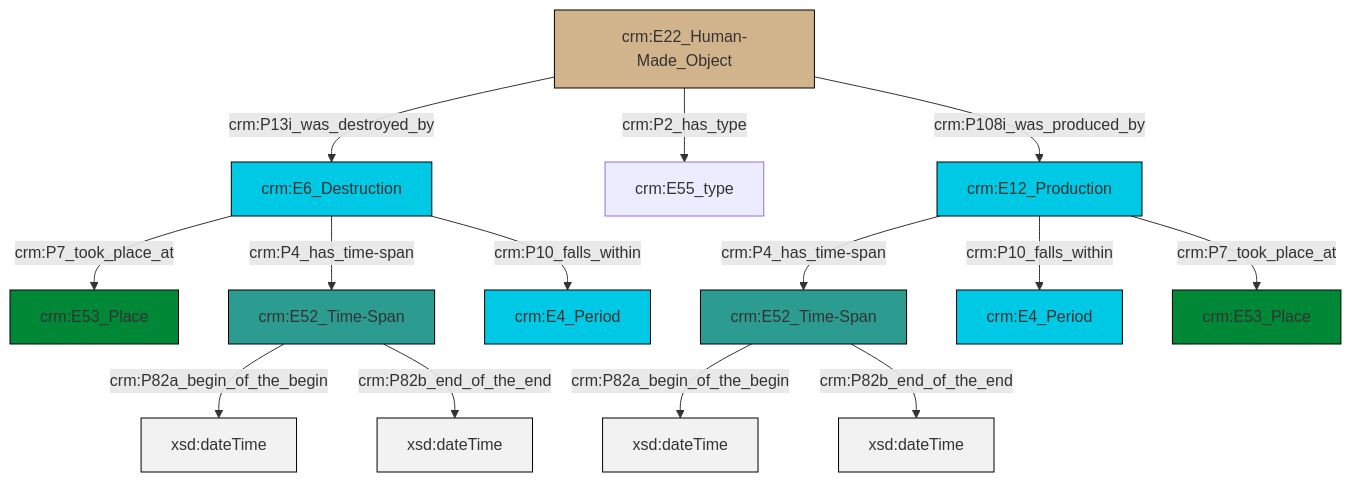
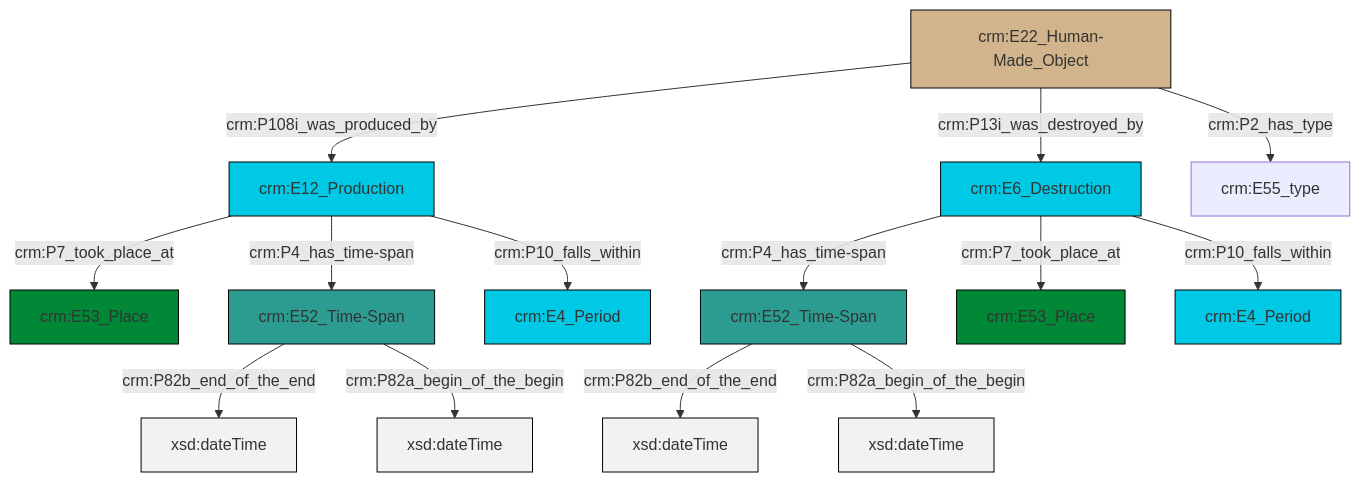
One commit to swiss-art-research-net/reference-data-models changed the diagram in et/artworkCSV/ttl/mmd/Artwork_Existence.ttl.mmd. Above: the diagram before and after it, drawn with Mermaid. The commit also changed 126 other files, not shown here.

```diff
--- a/et/artworkCSV/ttl/mmd/Artwork_Existence.ttl.mmd
+++ b/et/artworkCSV/ttl/mmd/Artwork_Existence.ttl.mmd
@@ -1,28 +1,28 @@
 graph TD
 classDef Literal fill:#f2f2f2,stroke:#000000;
 classDef CRM_Entity fill:#FFFFFF,stroke:#000000;
 classDef Temporal_Entity fill:#00C9E6, stroke:#000000;
 classDef Type fill:#E18312, stroke:#000000;
 classDef Time-Span fill:#2C9C91, stroke:#000000;
 classDef Appellation fill:#FFEB7F, stroke:#000000;
 classDef Place fill:#008836, stroke:#000000;
 classDef Persistent_Item fill:#B266B2, stroke:#000000;
 classDef Conceptual_Object fill:#FFD700, stroke:#000000;
 classDef Physical_Thing fill:#D2B48C, stroke:#000000;
 classDef Actor fill:#f58aad, stroke:#000000;
 classDef PC_Classes fill:#4ce600, stroke:#000000;
 classDef Multi fill:#cccccc,stroke:#000000;
 
-4["crm:E52_Time-Span"]:::Time-Span -->|crm:P82a_begin_of_the_begin| 5[xsd:dateTime]:::Literal
-8["crm:E22_Human-Made_Object"]:::Physical_Thing -->|crm:P13i_was_destroyed_by| 6["crm:E6_Destruction"]:::Temporal_Entity
-6["crm:E6_Destruction"]:::Temporal_Entity -->|crm:P7_took_place_at| 9["crm:E53_Place"]:::Place
-8["crm:E22_Human-Made_Object"]:::Physical_Thing -->|crm:P2_has_type| 2["crm:E55_type"]:::Default
-13["crm:E12_Production"]:::Temporal_Entity -->|crm:P4_has_time-span| 4["crm:E52_Time-Span"]:::Time-Span
-13["crm:E12_Production"]:::Temporal_Entity -->|crm:P10_falls_within| 16["crm:E4_Period"]:::Temporal_Entity
-13["crm:E12_Production"]:::Temporal_Entity -->|crm:P7_took_place_at| 17["crm:E53_Place"]:::Place
-8["crm:E22_Human-Made_Object"]:::Physical_Thing -->|crm:P108i_was_produced_by| 13["crm:E12_Production"]:::Temporal_Entity
-6["crm:E6_Destruction"]:::Temporal_Entity -->|crm:P4_has_time-span| 0["crm:E52_Time-Span"]:::Time-Span
-4["crm:E52_Time-Span"]:::Time-Span -->|crm:P82b_end_of_the_end| 19[xsd:dateTime]:::Literal
-6["crm:E6_Destruction"]:::Temporal_Entity -->|crm:P10_falls_within| 11["crm:E4_Period"]:::Temporal_Entity
-0["crm:E52_Time-Span"]:::Time-Span -->|crm:P82a_begin_of_the_begin| 22[xsd:dateTime]:::Literal
-0["crm:E52_Time-Span"]:::Time-Span -->|crm:P82b_end_of_the_end| 23[xsd:dateTime]:::Literal
+8["crm:E6_Destruction"]:::Temporal_Entity -->|crm:P4_has_time-span| 9["crm:E52_Time-Span"]:::Time-Span
+4["crm:E12_Production"]:::Temporal_Entity -->|crm:P7_took_place_at| 6["crm:E53_Place"]:::Place
+4["crm:E12_Production"]:::Temporal_Entity -->|crm:P4_has_time-span| 2["crm:E52_Time-Span"]:::Time-Span
+4["crm:E12_Production"]:::Temporal_Entity -->|crm:P10_falls_within| 13["crm:E4_Period"]:::Temporal_Entity
+2["crm:E52_Time-Span"]:::Time-Span -->|crm:P82b_end_of_the_end| 15[xsd:dateTime]:::Literal
+2["crm:E52_Time-Span"]:::Time-Span -->|crm:P82a_begin_of_the_begin| 18[xsd:dateTime]:::Literal
+8["crm:E6_Destruction"]:::Temporal_Entity -->|crm:P7_took_place_at| 0["crm:E53_Place"]:::Place
+16["crm:E22_Human-Made_Object"]:::Physical_Thing -->|crm:P108i_was_produced_by| 4["crm:E12_Production"]:::Temporal_Entity
+8["crm:E6_Destruction"]:::Temporal_Entity -->|crm:P10_falls_within| 10["crm:E4_Period"]:::Temporal_Entity
+9["crm:E52_Time-Span"]:::Time-Span -->|crm:P82b_end_of_the_end| 22[xsd:dateTime]:::Literal
+16["crm:E22_Human-Made_Object"]:::Physical_Thing -->|crm:P13i_was_destroyed_by| 8["crm:E6_Destruction"]:::Temporal_Entity
+9["crm:E52_Time-Span"]:::Time-Span -->|crm:P82a_begin_of_the_begin| 23[xsd:dateTime]:::Literal
+16["crm:E22_Human-Made_Object"]:::Physical_Thing -->|crm:P2_has_type| 19["crm:E55_type"]:::Default
```
